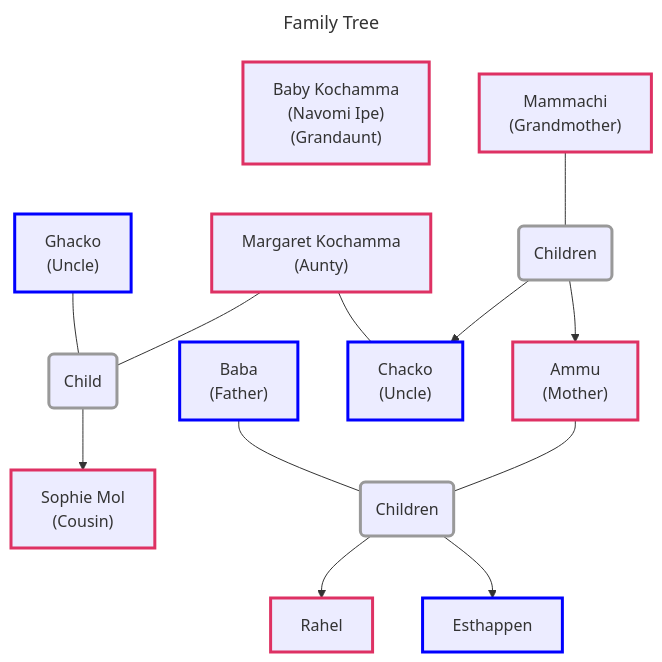
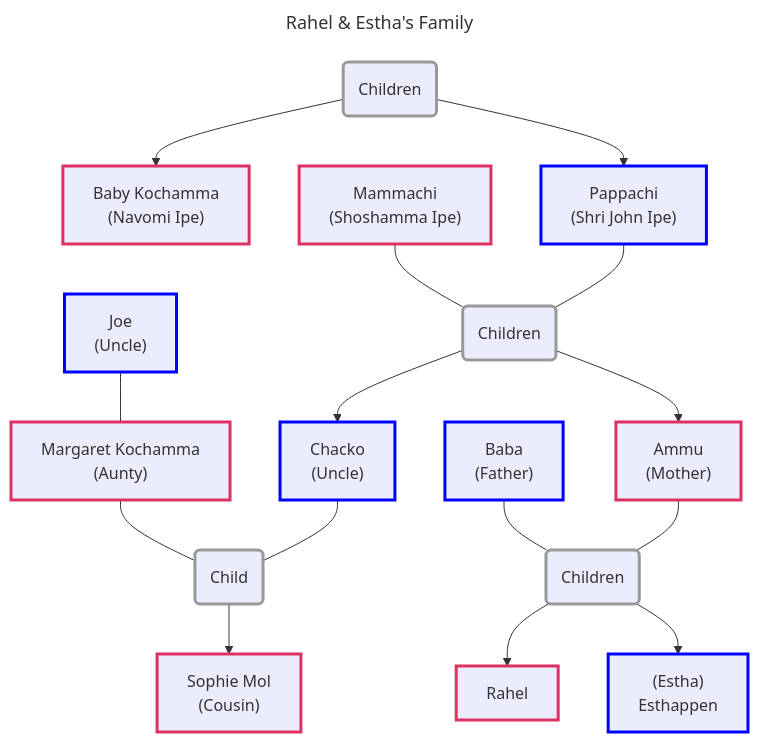
One commit to dvdmtw98/tracker changed the first of 2 diagrams in tracker-vault/books/the-god-of-small-things.md. Above: the diagram before and after it, drawn with Mermaid. The commit also changed other lines of this file, not shown here.

````diff
--- a/tracker-vault/books/the-god-of-small-things.md
+++ b/tracker-vault/books/the-god-of-small-things.md
@@ -22,29 +22,32 @@
 ```mermaid
 ---
-title: Family Tree
+title: Rahel & Estha's Family
 ---
 
 flowchart TD
 	Rahel["Rahel"]:::female
-	Estha["Esthappen"]:::male
-	Baby["Baby Kochamma\n(Navomi Ipe)\n(Grandaunt)"]:::female
+	Estha["(Estha)\nEsthappen"]:::male
+	Baby["Baby Kochamma\n(Navomi Ipe)"]:::female
 	Baba["Baba\n(Father)"]:::male
 	Ammu["Ammu\n(Mother)"]:::female
 	Chacko["Chacko\n(Uncle)"]:::male
 	Sophie["Sophie Mol\n(Cousin)"]:::female
 	Margaret["Margaret Kochamma\n(Aunty)"]:::female
-	Ghacko["Ghacko\n(Uncle)"]:::male
-	Mammachi["Mammachi\n(Grandmother)"]:::female
+	Joe["Joe\n(Uncle)"]:::male
+	Mammachi["Mammachi\n(Shoshamma Ipe)"]:::female
+	Pappachi["Pappachi\n(Shri John Ipe)"]:::male
 
-	Ghacko & Margaret --- N2(Child):::neutral --> Sophie
-	Margaret --- Chacko
+	N1(Children):::neutral --> Baby & Pappachi
 	
-	Mammachi --- N3(Children):::neutral --> Chacko & Ammu
+	Joe --- Margaret
+	Margaret & Chacko --- N2(Child):::neutral --> Sophie
 	
-	Baba & Ammu --- N1(Children):::neutral --> Rahel & Estha
-
+	Mammachi & Pappachi --- N3(Children):::neutral --> Chacko & Ammu
+	
+	Baba & Ammu --- N4(Children):::neutral --> Rahel & Estha
+	
     classDef male stroke:#0000FF,stroke-width:3px
     classDef female stroke:#DE3163,stroke-width:3px
     classDef neutral stroke:#999999,stroke-width:3px
     classDef merge fill:#FFFFFF
 ```
````
